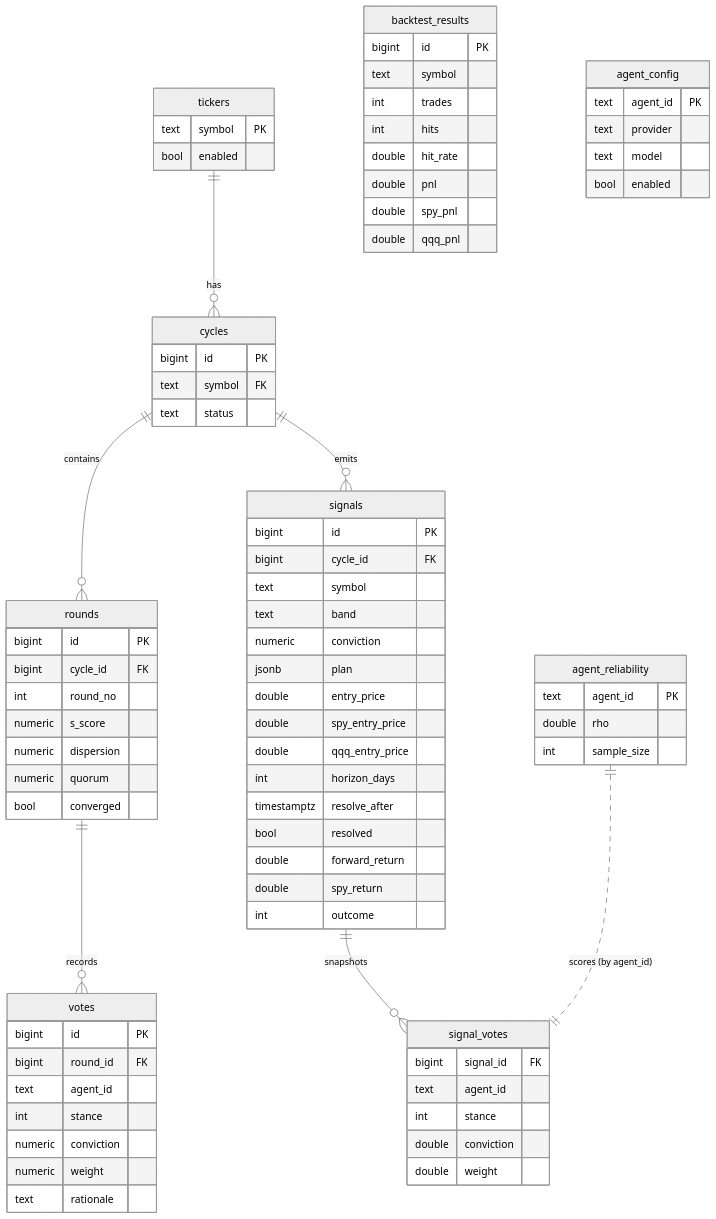
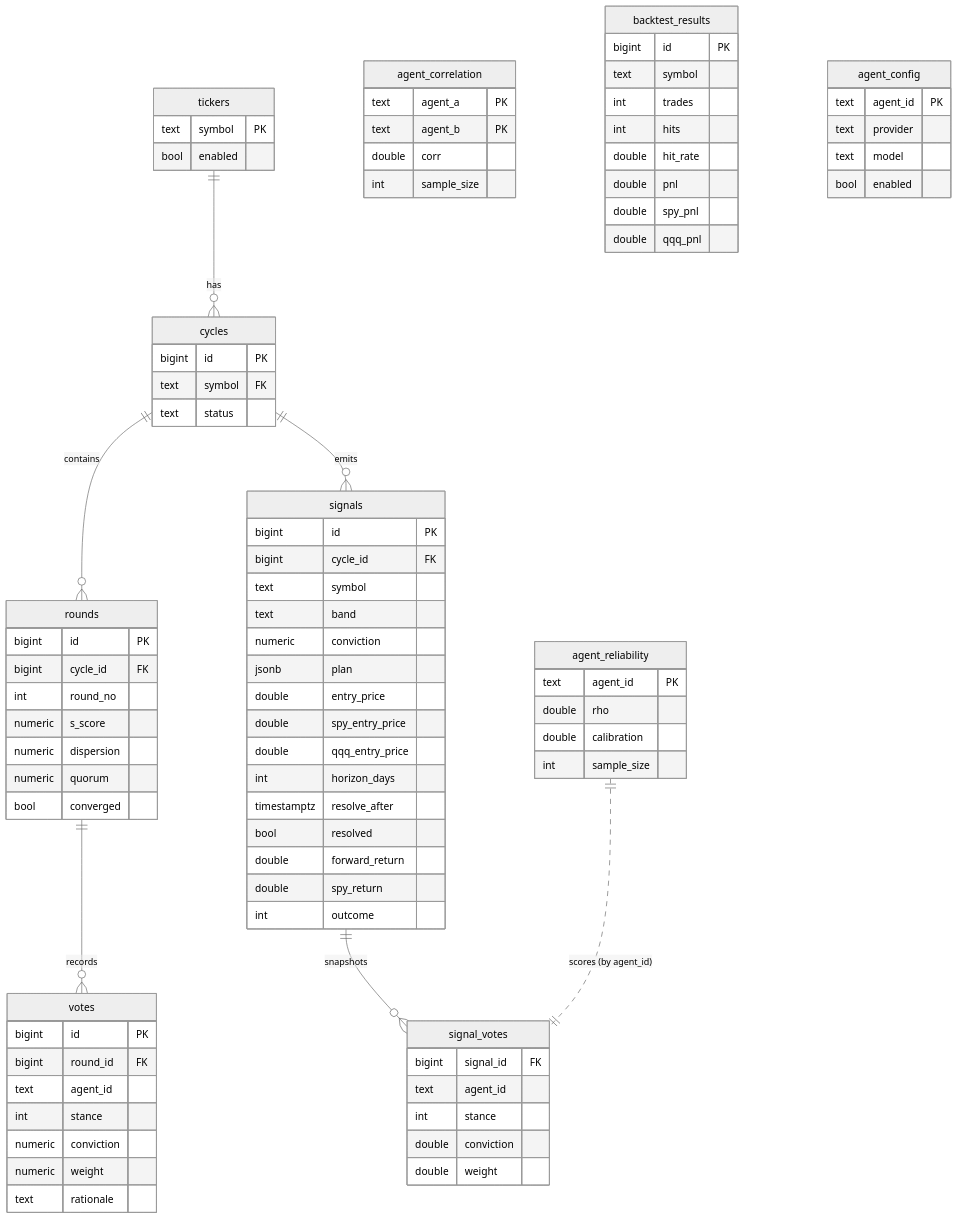
One commit to givewgun/legion changed the seventh of 7 diagrams in docs/ARCHITECTURE.md. Above: the diagram before and after it, drawn with Mermaid (neutral theme). The commit also changed other lines of this file and 15 other files, not shown here.

```diff
--- a/docs/ARCHITECTURE.md
+++ b/docs/ARCHITECTURE.md
@@ -304,6 +304,13 @@
     agent_reliability {
         text agent_id PK
         double rho
+        double calibration
+        int sample_size
+    }
+    agent_correlation {
+        text agent_a PK
+        text agent_b PK
+        double corr
         int sample_size
     }
     backtest_results {
```
